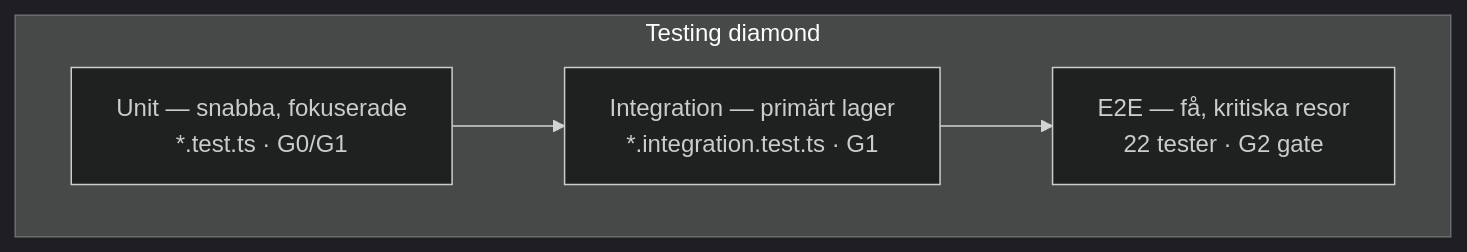
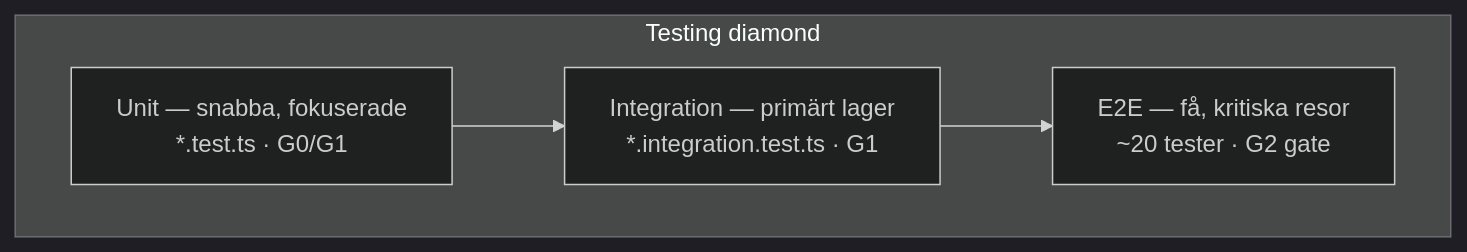
One commit to arpi09/grocery-manager changed the diagram in docs/TEST_STRATEGY.md. Above: the diagram before and after it, drawn with Mermaid (dark theme). The commit also changed other lines of this file and 6 other files, not shown here.

````diff
--- a/docs/TEST_STRATEGY.md
+++ b/docs/TEST_STRATEGY.md
@@ -25,9 +25,9 @@
 ```mermaid
 flowchart TB
   subgraph diamond["Testing diamond"]
-    E2E["E2E — få, kritiska resor<br/>22 tester · G2 gate"]
+    E2E["E2E — få, kritiska resor<br/>~20 tester · G2 gate"]
     INT["Integration — primärt lager<br/>*.integration.test.ts · G1"]
     UNIT["Unit — snabba, fokuserade<br/>*.test.ts · G0/G1"]
   end
   UNIT --> INT --> E2E
 ```
````
